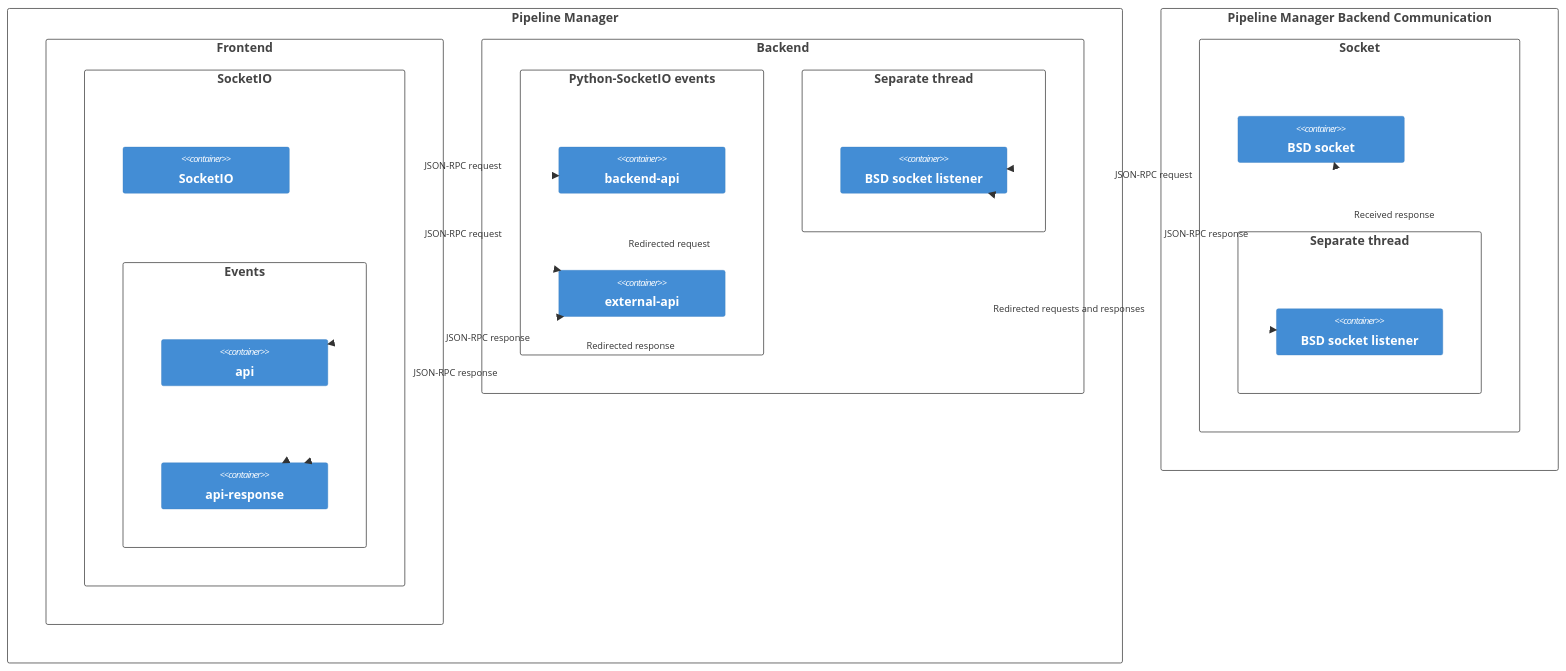
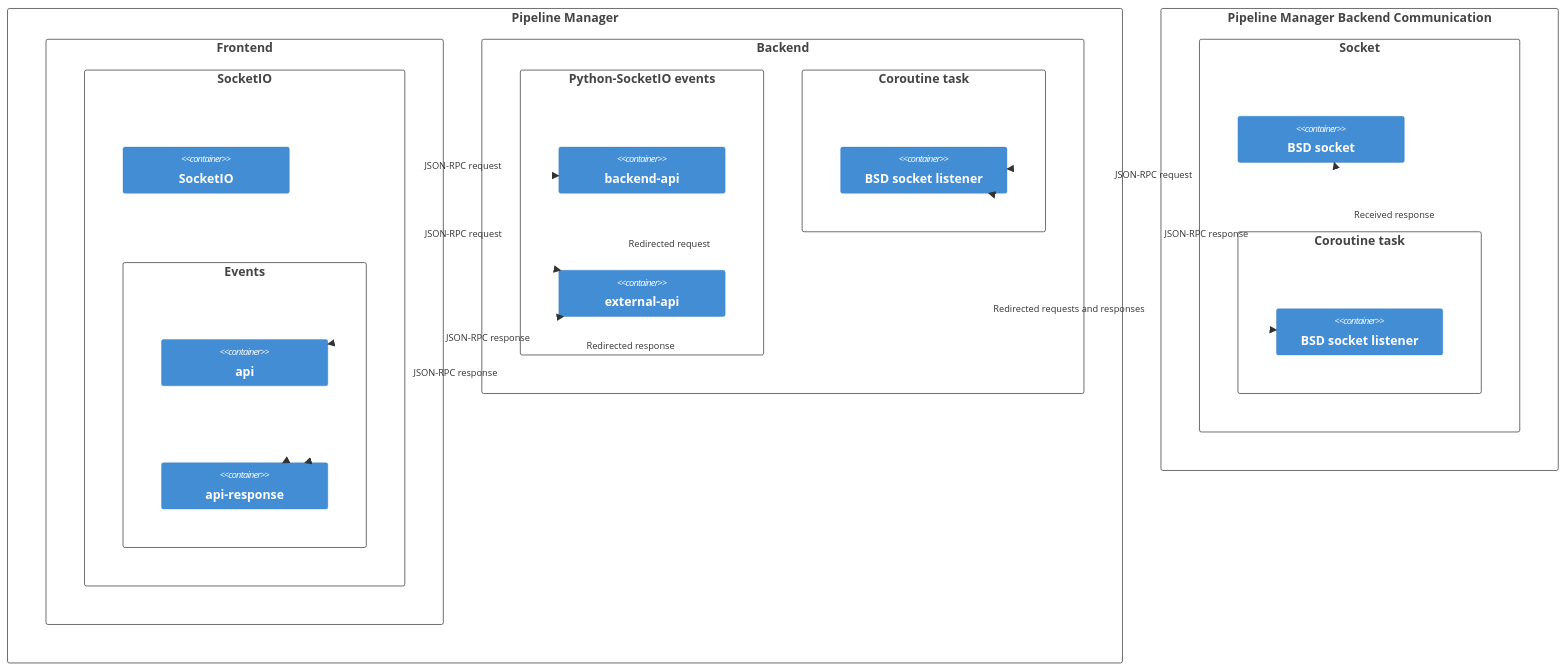
The second of 2 diagrams in docs/source/external-app-communication.md (antmicro/kenning-pipeline-manager), drawn with Mermaid before and after one commit. The commit also changed other lines of this file, not shown here.

````diff
--- a/docs/source/external-app-communication.md
+++ b/docs/source/external-app-communication.md
@@ -83,58 +83,58 @@
 ```{mermaid}
 :caption: Communication structure diagram
 :alt: Communication structure diagram
 C4Deployment
     Deployment_Node(pm, "Pipeline Manager", "") {
         Deployment_Node(front, "Frontend", "") {
             Deployment_Node(socketio, "SocketIO", "") {
                 Container(front-socket, "SocketIO")
                 Deployment_Node(front-event, "Events", "") {
                     Container(front-api, "api")
                     Container(front-response-api, "api-response")
                 }
             }
         }
         Deployment_Node(back, "Backend", "") {
             Deployment_Node(flask, "Python-SocketIO events", "") {
                 Container(flask-backend-api, "backend-api")
                 Container(flask-external-api, "external-api")
             }
-            Deployment_Node(flask-thread, "Separate thread", "") {
+            Deployment_Node(flask-task, "Coroutine task", "") {
                 Container(back-socket, "BSD socket listener")
             }
         }
     }
     Deployment_Node(pmbc, "Pipeline Manager Backend Communication", "") {
         Deployment_Node(pmbc-socket, "Socket", "") {
             Container(pmbc-socket, "BSD socket")
-            Deployment_Node(pmbc-thread, "Separate thread", "") {
+            Deployment_Node(pmbc-task, "Coroutine task", "") {
                 Container(pmbc-listener, "BSD socket listener")
             }
         }
     }
     %% frontend to backend request
     Rel(front-socket, flask-backend-api, "JSON-RPC request")
     Rel(flask-backend-api, front-response-api, "JSON-RPC response")
     UpdateRelStyle(front-socket, flask-backend-api, $lineColor="var(--md-code-hl-keyword-color)", $textColor="var(--md-code-hl-keyword-color)", $offsetY="-15")
     UpdateRelStyle(flask-backend-api, front-response-api, $lineColor="var(--md-code-hl-keyword-color)", $textColor="var(--md-code-hl-keyword-color)", $offsetX="-50", $offsetY="55")
     %% frontent to external app request
     Rel(front-socket, flask-external-api, "JSON-RPC request")
     Rel(flask-external-api, pmbc-listener, "Redirected requests and responses")
     Rel(pmbc-listener, back-socket, "JSON-RPC response")
     Rel(back-socket, front-response-api, "Redirected response")
     UpdateRelStyle(front-socket, flask-external-api, $lineColor="var(--md-code-hl-number-color)", $textColor="var(--md-code-hl-number-color)")
     UpdateRelStyle(flask-external-api, pmbc-listener, $lineColor="var(--md-code-hl-name-color)", $textColor="var(--md-code-hl-name-color)", $offsetX="-10", $offsetY="-10")
     UpdateRelStyle(pmbc-listener, back-socket, $lineColor="var(--md-code-hl-number-color)", $textColor="var(--md-code-hl-number-color)", $offsetX="25", $offsetY="-25")
     UpdateRelStyle(back-socket, front-response-api, $lineColor="var(--md-code-hl-number-color)", $textColor="var(--md-code-hl-number-color)", $offsetX="-10", $offsetY="20")
     %% external app to frontent request
     Rel(pmbc-socket, back-socket, "JSON-RPC request")
     Rel(back-socket, front-api, "Redirected request")
     Rel(front-api, flask-external-api, "JSON-RPC response")
     Rel(pmbc-listener, pmbc-socket, "Received response")
     UpdateRelStyle(pmbc-socket, back-socket, $textColor="var(--md-code-hl-function-color)", $lineColor="var(--md-code-hl-function-color)", $offsetX="-10", $offsetY="15")
     UpdateRelStyle(back-socket, front-api, $textColor="var(--md-code-hl-function-color)", $lineColor="var(--md-code-hl-function-color)", $offsetX="45", $offsetY="-35")
     UpdateRelStyle(front-api, flask-external-api, $textColor="var(--md-code-hl-function-color)", $lineColor="var(--md-code-hl-function-color)")
     UpdateRelStyle(pmbc-listener, pmbc-socket, $textColor="var(--md-code-hl-function-color)", $lineColor="var(--md-code-hl-function-color)", $offsetX="5", $offsetY="-30")
 
     UpdateLayoutConfig($c4ShapeInRow="1", $c4BoundaryInRow="2")
 ```
````
